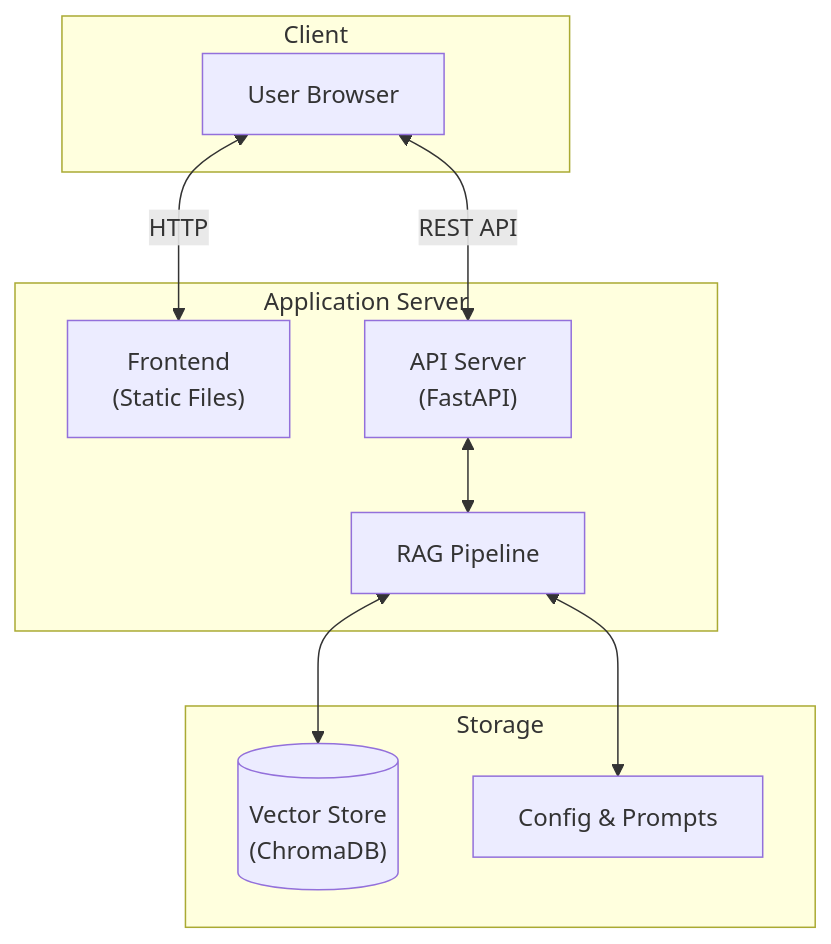
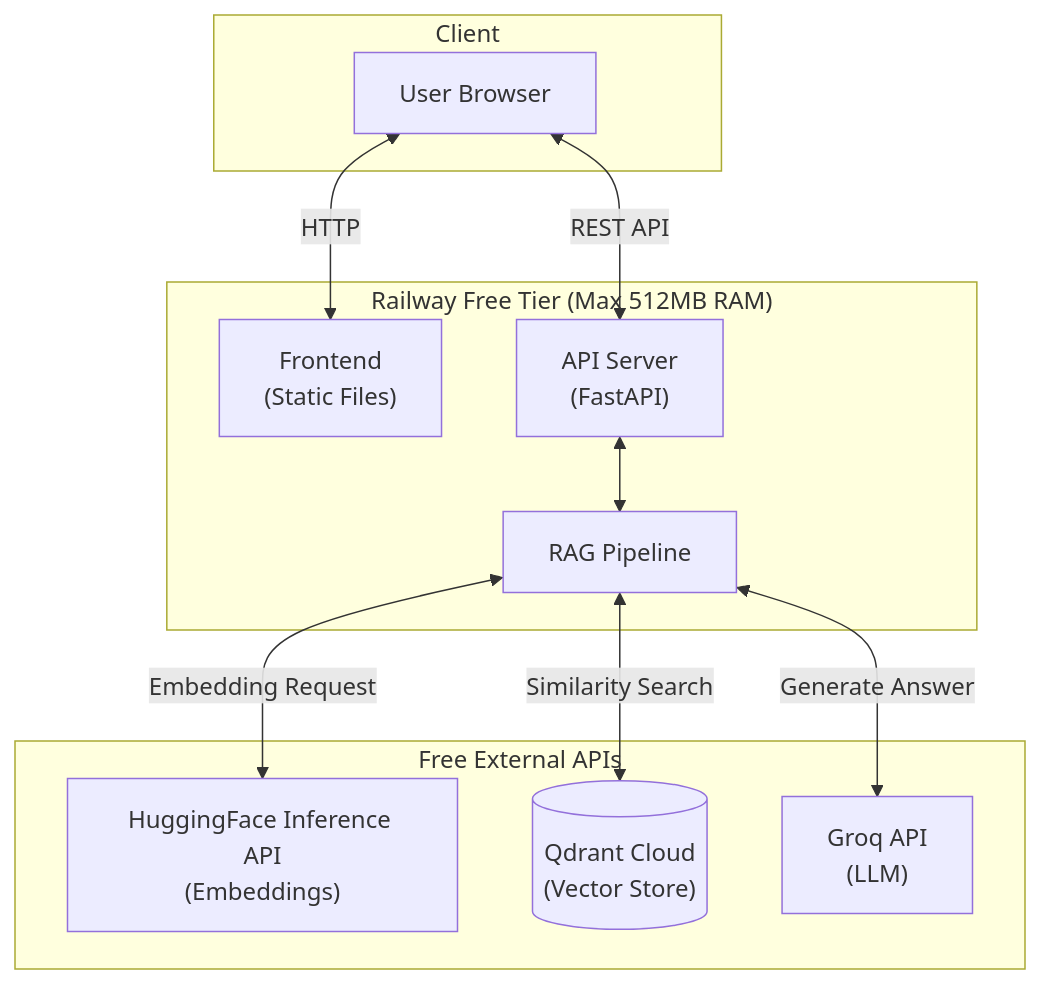
Before and after one commit to yv12/HDFC-Mutual-Fund-FAQ--Groww: the eighth of 8 diagrams in Docs/architecture.md, drawn with Mermaid. The commit also changed other lines of this file and 12 other files, not shown here.

First line of the commit message:
feat: Railway free-plan deployment setup

````diff
--- a/Docs/architecture.md
+++ b/Docs/architecture.md
@@ -268,23 +305,25 @@
 ```mermaid
 flowchart TB
     subgraph Client
         Browser["User Browser"]
     end
 
-    subgraph Server["Application Server"]
+    subgraph Railway["Railway Free Tier (Max 512MB RAM)"]
         FE["Frontend\n(Static Files)"]
         API["API Server\n(FastAPI)"]
         RAG["RAG Pipeline"]
+        API <--> RAG
     end
 
-    subgraph Storage
-        VS[("Vector Store\n(ChromaDB)")]
-        CFG["Config & Prompts"]
+    subgraph FreeCloudServices["Free External APIs"]
+        HF["HuggingFace Inference API\n(Embeddings)"]
+        QD[("Qdrant Cloud\n(Vector Store)")]
+        GROQ["Groq API\n(LLM)"]
     end
 
     Browser <-->|HTTP| FE
     Browser <-->|REST API| API
-    API <--> RAG
-    RAG <--> VS
-    RAG <--> CFG
+    RAG <-->|Embedding Request| HF
+    RAG <-->|Similarity Search| QD
+    RAG <-->|Generate Answer| GROQ
 ```
````
